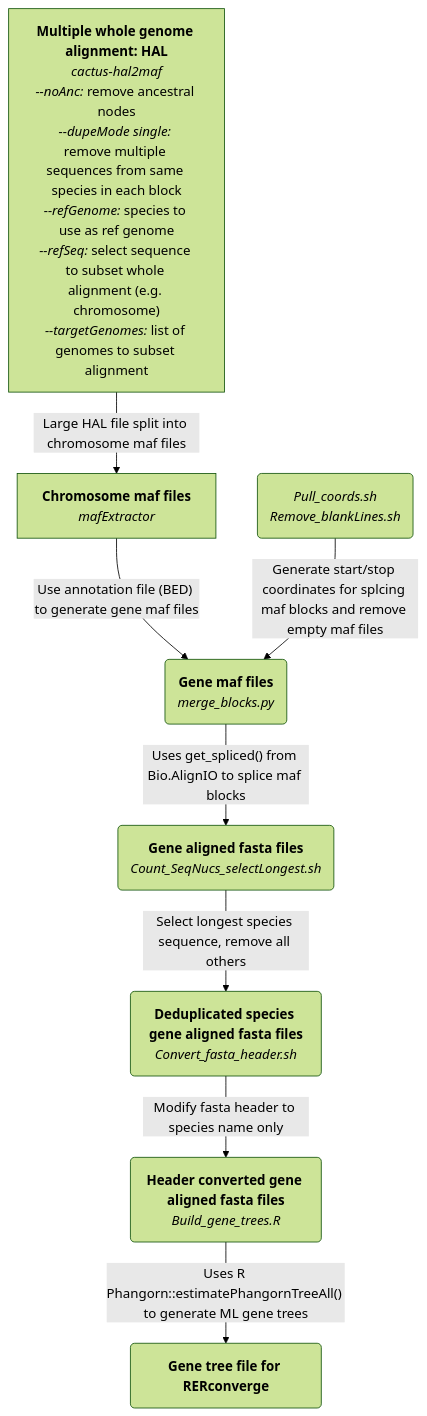
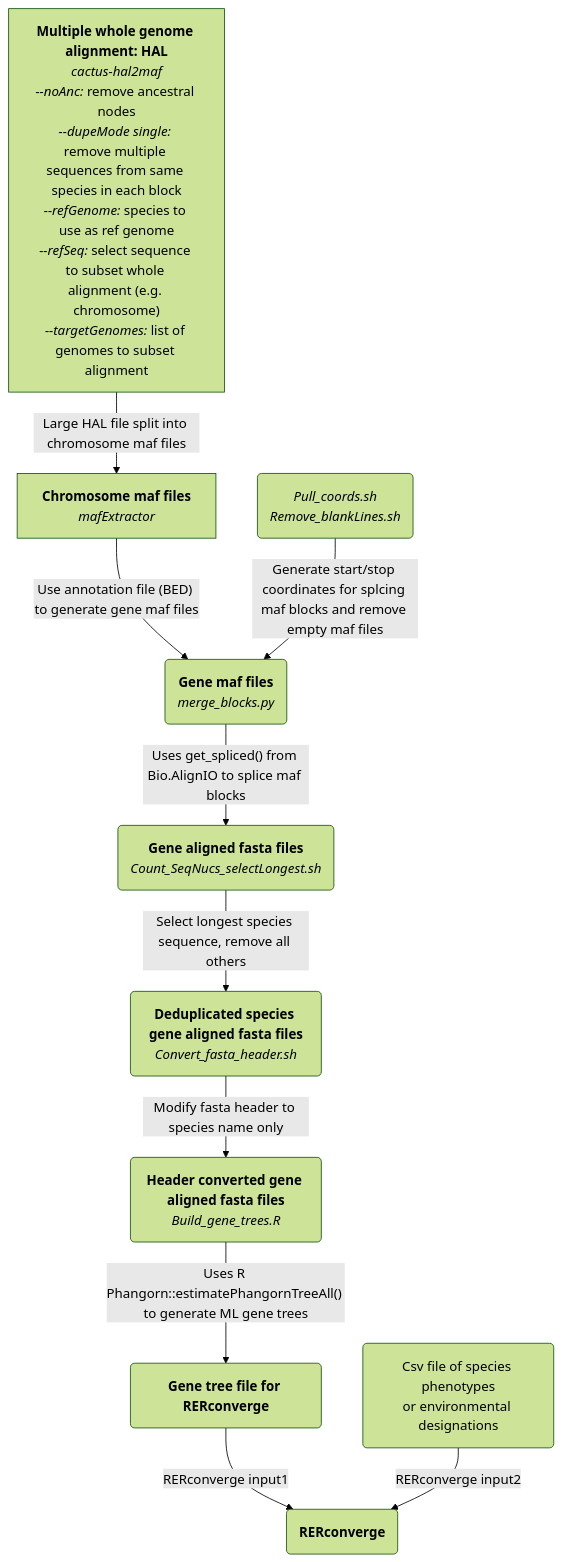
One commit to mileswhedbee/RERconverge_pipeline changed the diagram in README.md. Above: the diagram before and after it, drawn with Mermaid (forest theme). The commit also changed other lines of this file, not shown here.

````diff
--- a/README.md
+++ b/README.md
@@ -6,22 +6,25 @@
 ```mermaid
 graph TD;
     A["`**Multiple whole genome alignment: HAL**
        _cactus-hal2maf_
        _--noAnc:_ remove ancestral nodes
        _--dupeMode single:_ remove multiple sequences from same species in each block
        _--refGenome:_ species to use as ref genome
        _--refSeq:_ select sequence to subset whole alignment (e.g. chromosome)
        _--targetGenomes:_ list of genomes to subset alignment`"]--Large HAL file split into chromosome maf files-->B["`**Chromosome maf files**
                                                                                                                     _mafExtractor_`"];
     B--Use annotation file (BED) to generate gene maf files-->C("`**Gene maf files**
                                                                   _merge_blocks.py_`");
     C--Uses get_spliced() from Bio.AlignIO to splice maf blocks-->D("`**Gene aligned fasta files**
                                                                       _Count_SeqNucs_selectLongest.sh_`");
     E("`_Pull_coords.sh_
         _Remove_blankLines.sh_`")--Generate start/stop coordinates for splcing maf blocks and remove empty maf files-->C;
     D--Select longest species sequence, remove all others-->F("`**Deduplicated species gene aligned fasta files**
                                                                 _Convert_fasta_header.sh_`");
     F--Modify fasta header to species name only-->G("`**Header converted gene aligned fasta files**
                                                       _Build_gene_trees.R_`");
     G--Uses R Phangorn::estimatePhangornTreeAll() to generate ML gene trees-->H("`**Gene tree file for RERconverge**`");
+    H--RERconverge input1-->J("`**RERconverge**`");
+    I("`Csv file of species phenotypes
+        or environmental designations`")--RERconverge input2-->J;
 ```
````
